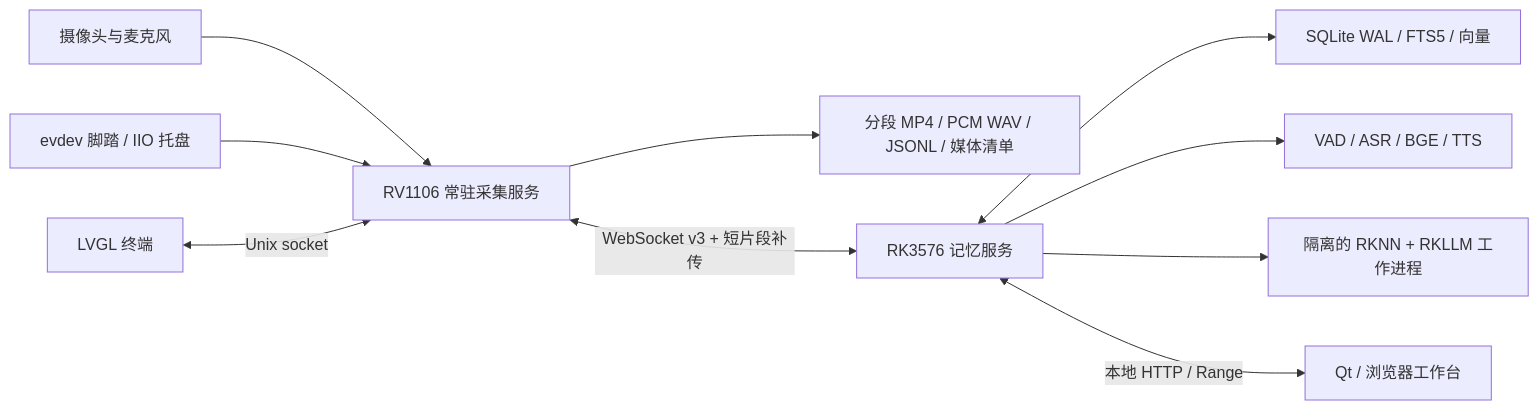
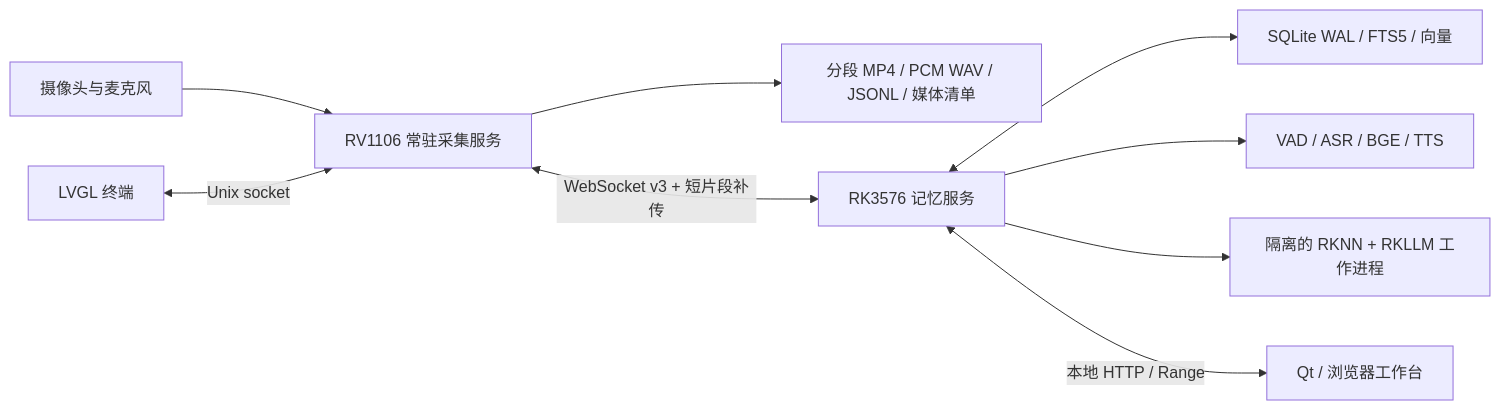
Before and after one commit to 532313/EchoTrace: the diagram in docs/architecture.md, drawn with Mermaid. The commit also changed other lines of this file and 42 other files, not shown here.

````diff
--- a/docs/architecture.md
+++ b/docs/architecture.md
@@ -3,12 +3,11 @@
 ```mermaid
 flowchart LR
   Camera[摄像头与麦克风] --> Edge[RV1106 常驻采集服务]
-  Input[evdev 脚踏 / IIO 托盘] --> Edge
   LVGL[LVGL 终端] <-->|Unix socket| Edge
   Edge --> SD[分段 MP4 / PCM WAV / JSONL / 媒体清单]
   Edge <-->|WebSocket v3 + 短片段补传| Hub[RK3576 记忆服务]
   Hub <--> DB[SQLite WAL / FTS5 / 向量]
   Hub --> CPU[VAD / ASR / BGE / TTS]
   Hub --> Worker[隔离的 RKNN + RKLLM 工作进程]
   Hub <-->|本地 HTTP / Range| UI[Qt / 浏览器工作台]
 ```
````
